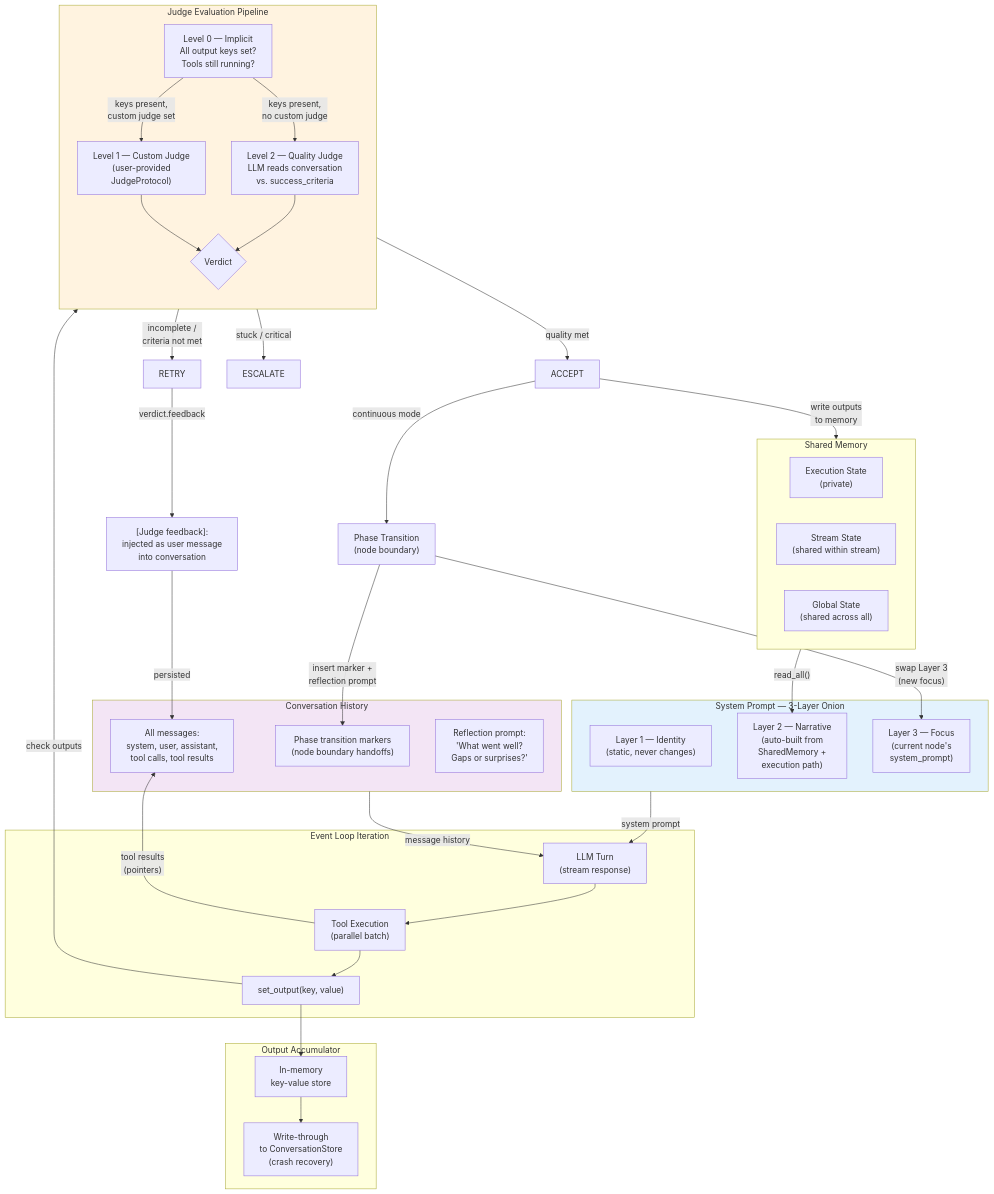
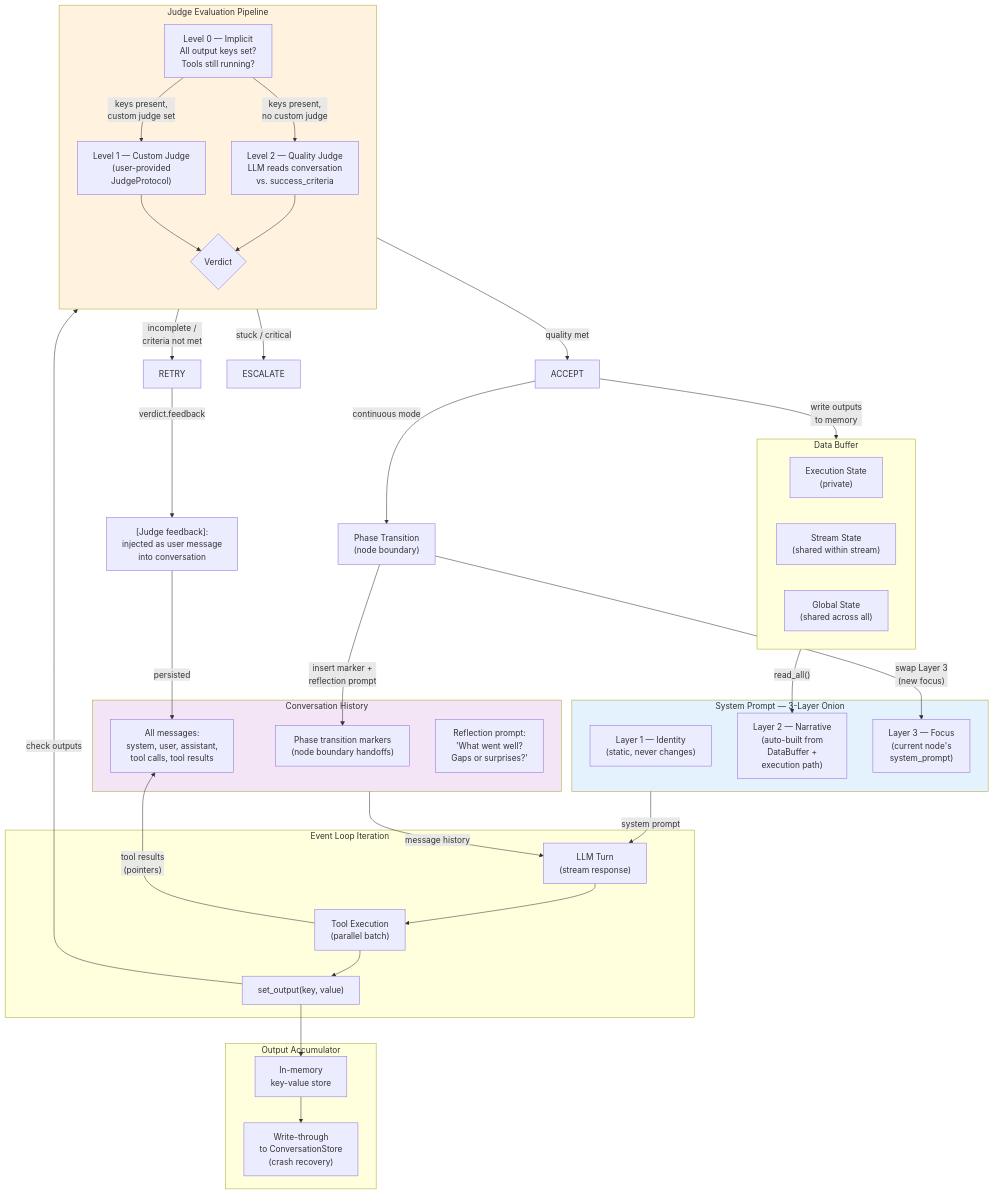
Before and after one commit to RodrigoMvs123/Aden-Hive: the third of 3 diagrams in docs/architecture/README.md, drawn with Mermaid. The commit also changed other lines of this file and 38 other files, not shown here.

Commit message:
refactor: refactor shared memory to data buffer

```diff
--- a/docs/architecture/README.md
+++ b/docs/architecture/README.md
@@ -363,7 +363,7 @@
     %% =========================================
     %% SHARED MEMORY
     %% =========================================
-    subgraph SharedMem [Shared Memory]
+    subgraph SharedMem [Data Buffer]
         ExecState["Execution State<br/>(private)"]
         StreamState["Stream State<br/>(shared within stream)"]
         GlobalState["Global State<br/>(shared across all)"]
@@ -376,7 +376,7 @@
     %% =========================================
     subgraph PromptOnion [System Prompt — 3-Layer Onion]
         Layer1["Layer 1 — Identity<br/>(static, never changes)"]
-        Layer2["Layer 2 — Narrative<br/>(auto-built from<br/>SharedMemory +<br/>execution path)"]
+        Layer2["Layer 2 — Narrative<br/>(auto-built from<br/>DataBuffer +<br/>execution path)"]
         Layer3["Layer 3 — Focus<br/>(current node's<br/>system_prompt)"]
     end
 
```
